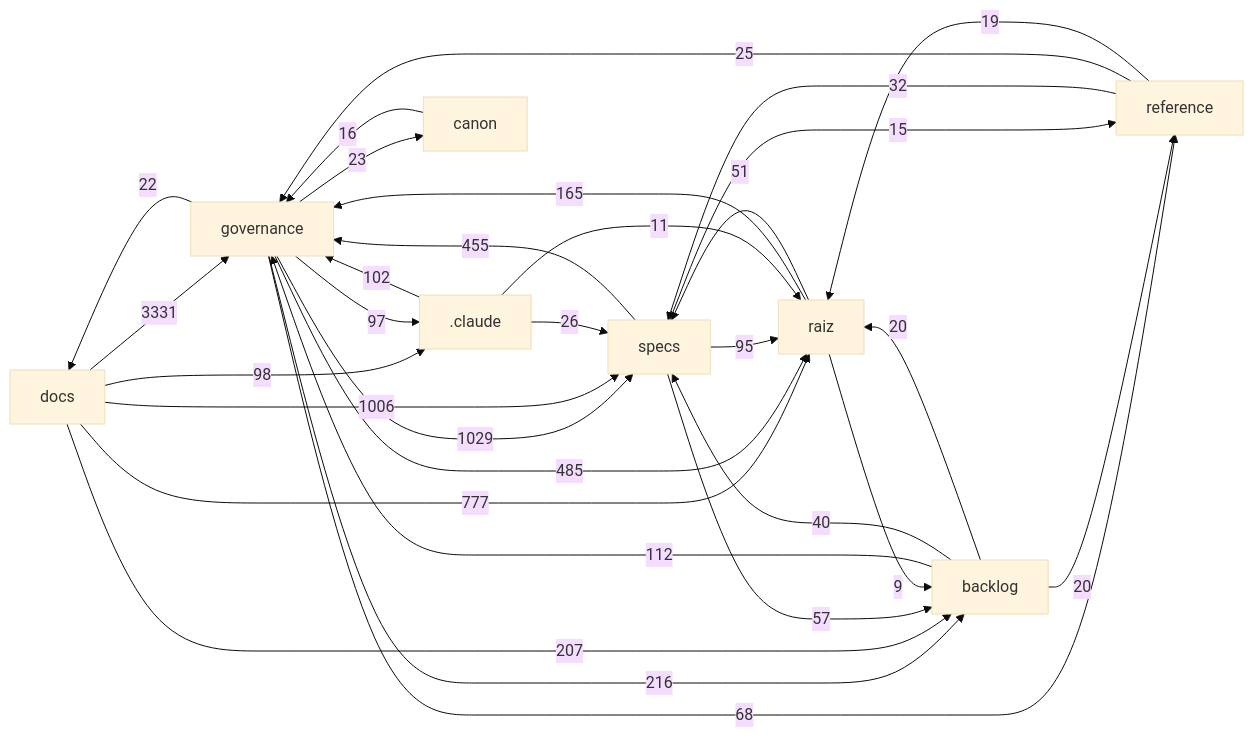
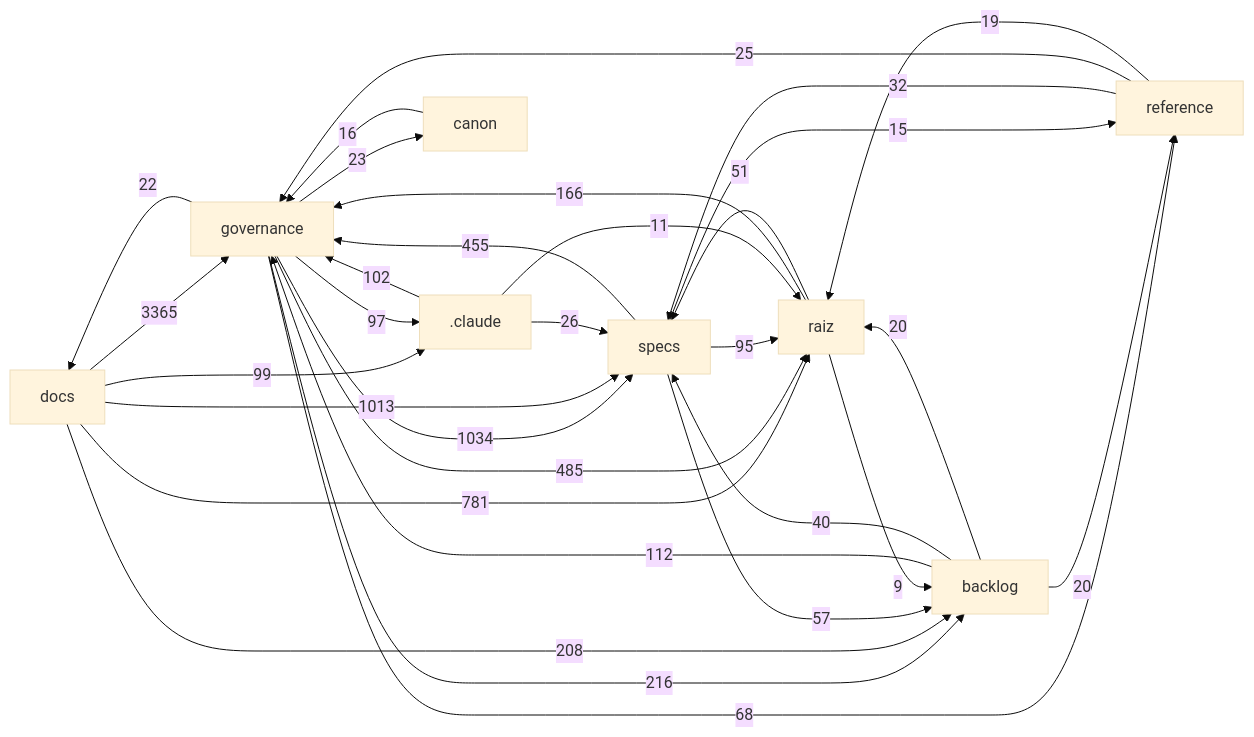
The diagram in docs/mapa/MAPA-PROJETO.md (Andraus35/Sistema-Operacional-de-Trading--SOT), drawn with Mermaid (base theme) before and after one commit. The commit also changed other lines of this file and 3 other files, not shown here.

````diff
--- a/docs/mapa/MAPA-PROJETO.md
+++ b/docs/mapa/MAPA-PROJETO.md
@@ -29,33 +29,33 @@
 ```mermaid
 flowchart LR
-  docs["docs"] -->|3331| governance["governance"]
-  governance["governance"] -->|1029| specs["specs"]
-  docs["docs"] -->|1006| specs["specs"]
-  docs["docs"] -->|777| raiz["raiz"]
+  docs["docs"] -->|3365| governance["governance"]
+  governance["governance"] -->|1034| specs["specs"]
+  docs["docs"] -->|1013| specs["specs"]
+  docs["docs"] -->|781| raiz["raiz"]
   governance["governance"] -->|485| raiz["raiz"]
   specs["specs"] -->|455| governance["governance"]
   governance["governance"] -->|216| backlog["backlog"]
-  docs["docs"] -->|207| backlog["backlog"]
-  raiz["raiz"] -->|165| governance["governance"]
+  docs["docs"] -->|208| backlog["backlog"]
+  raiz["raiz"] -->|166| governance["governance"]
   backlog["backlog"] -->|112| governance["governance"]
   _claude[".claude"] -->|102| governance["governance"]
-  docs["docs"] -->|98| _claude[".claude"]
+  docs["docs"] -->|99| _claude[".claude"]
   governance["governance"] -->|97| _claude[".claude"]
   specs["specs"] -->|95| raiz["raiz"]
   governance["governance"] -->|68| reference["reference"]
   specs["specs"] -->|57| backlog["backlog"]
   raiz["raiz"] -->|51| specs["specs"]
   backlog["backlog"] -->|40| specs["specs"]
   reference["reference"] -->|32| specs["specs"]
   _claude[".claude"] -->|26| specs["specs"]
   reference["reference"] -->|25| governance["governance"]
   governance["governance"] -->|23| canon["canon"]
   governance["governance"] -->|22| docs["docs"]
   backlog["backlog"] -->|20| raiz["raiz"]
   backlog["backlog"] -->|20| reference["reference"]
   reference["reference"] -->|19| raiz["raiz"]
   canon["canon"] -->|16| governance["governance"]
   specs["specs"] -->|15| reference["reference"]
   _claude[".claude"] -->|11| raiz["raiz"]
   raiz["raiz"] -->|9| backlog["backlog"]
 ```
````
